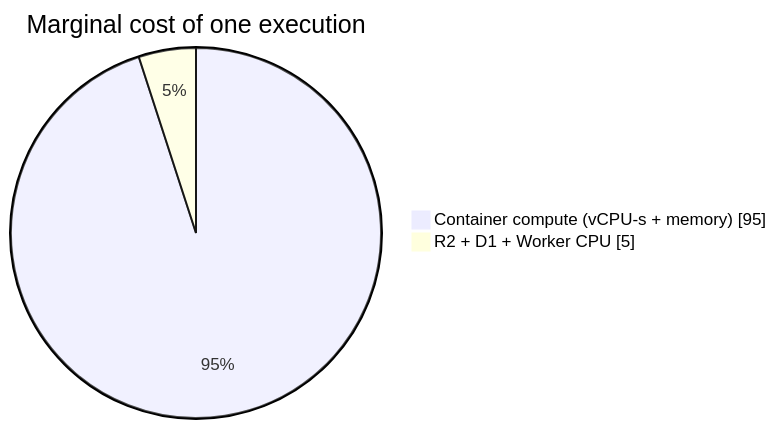
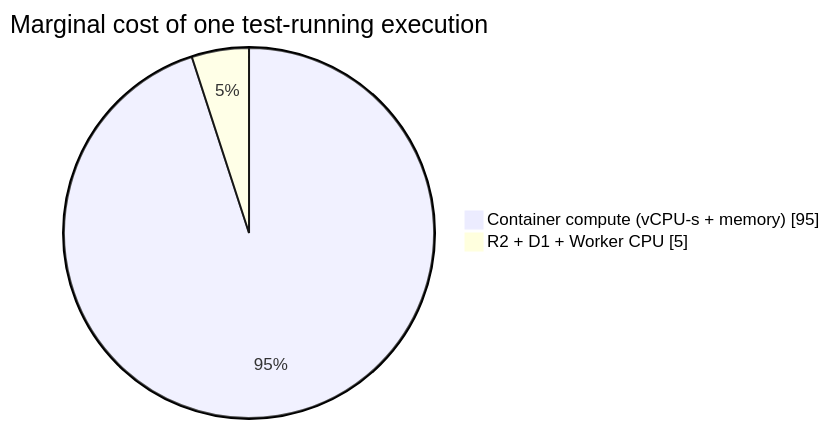
Before and after one commit to OpenHackersClub/flare-dispatch: the first of 4 diagrams in specs/06-cost.md, drawn with Mermaid. The commit also changed other lines of this file and 21 other files, not shown here.

````diff
--- a/specs/06-cost.md
+++ b/specs/06-cost.md
@@ -36,6 +48,6 @@
 ```mermaid
 pie showData
-  title Marginal cost of one execution
+  title Marginal cost of one test-running execution
   "Container compute (vCPU-s + memory)" : 95
   "R2 + D1 + Worker CPU" : 5
 ```
````
